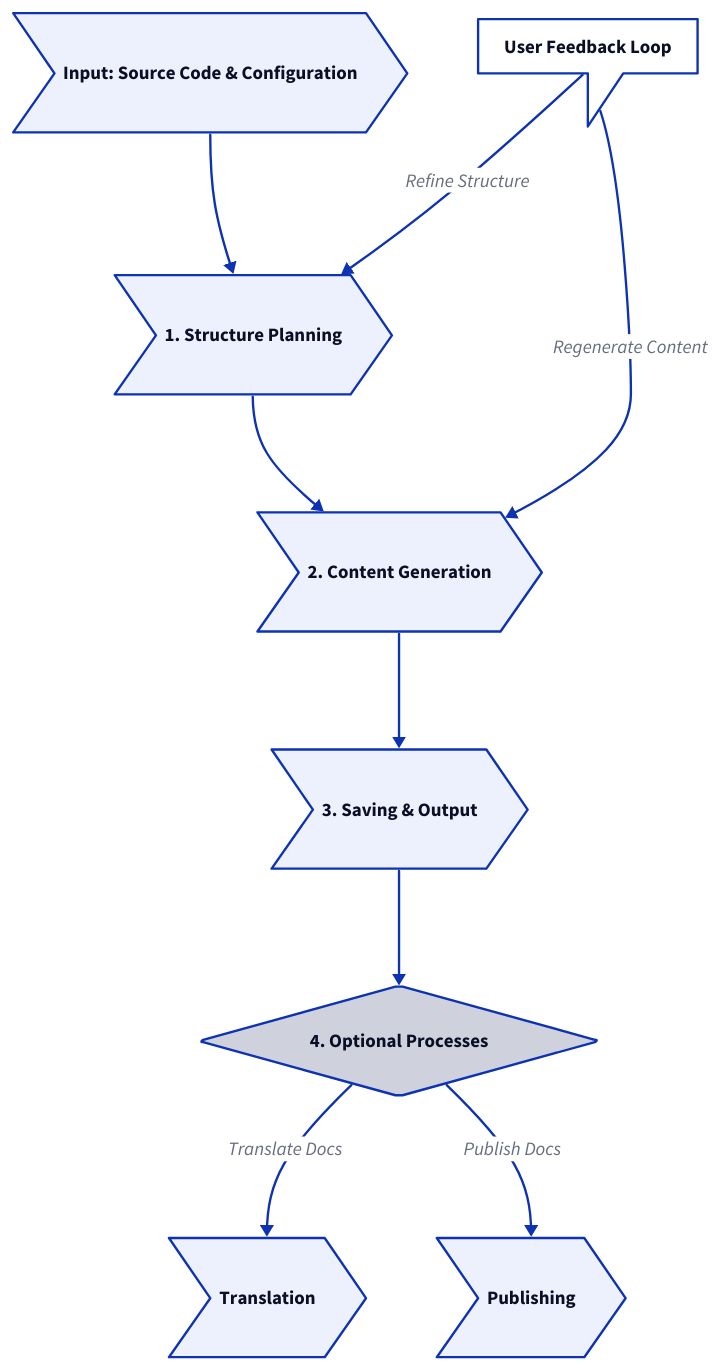
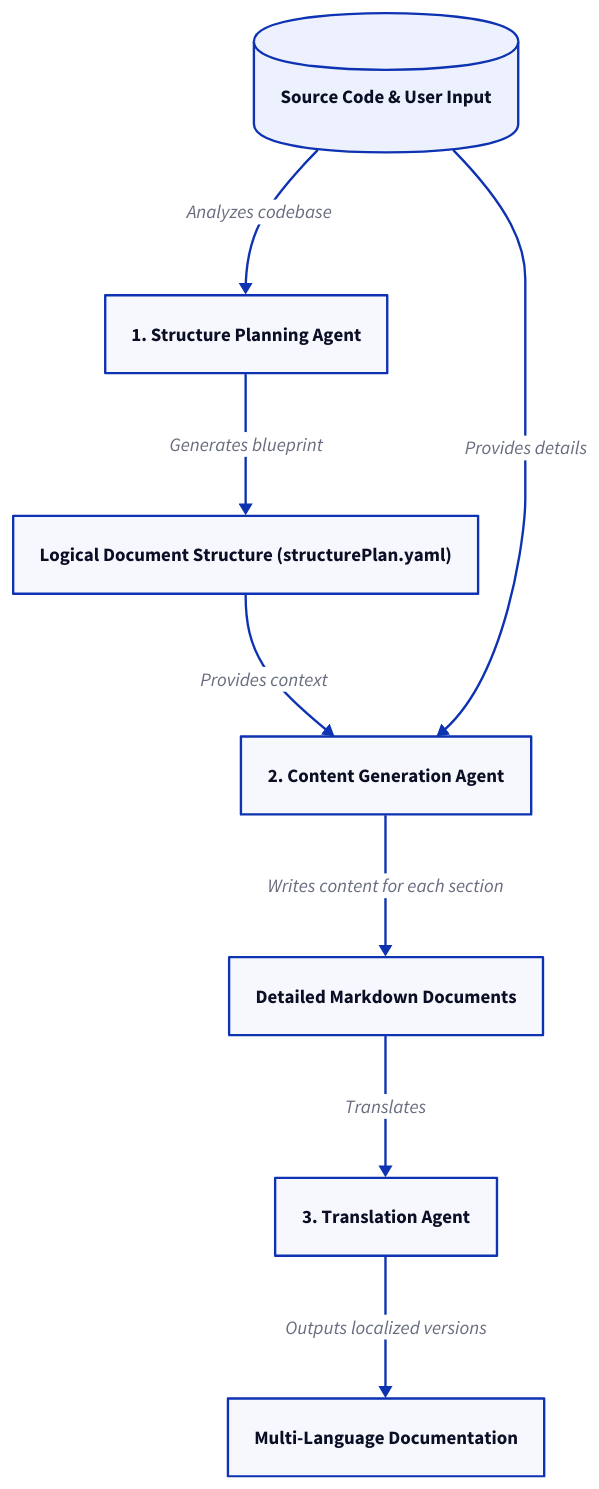
Before and after one commit to AIGNE-io/aigne-doc-smith: the diagram in docs/advanced-how-it-works.md, drawn with D2. The commit also changed other lines of this file and 39 other files, not shown here.

````diff
--- a/docs/advanced-how-it-works.md
+++ b/docs/advanced-how-it-works.md
@@ -21,55 +19,47 @@
 ```d2
 direction: down
 
-"Source Code & Config": {
-  shape: step
-  label: "Input: Source Code & Configuration"
+Source-Code: {
+  label: "Source Code & User Input"
+  shape: cylinder
 }
 
-"Structure Planning": {
-  shape: step
-  label: "1. Structure Planning"
+Structure-Planner: {
+  label: "1. Structure Planning Agent"
+  shape: rectangle
 }
 
-"Content Generation": {
-  shape: step
-  label: "2. Content Generation"
+Structure-Plan: {
+  label: "Logical Document Structure (structurePlan.yaml)"
+  shape: rectangle
 }
 
-"Saving & Output": {
-  shape: step
-  label: "3. Saving & Output"
+Content-Generator: {
+  label: "2. Content Generation Agent"
+  shape: rectangle
 }
 
-"Optional Processes": {
-  shape: diamond
-  label: "4. Optional Processes"
+Markdown-Docs: {
+  label: "Detailed Markdown Documents"
+  shape: rectangle
 }
 
-"Translation": {
-  shape: step
-  label: "Translation"
+Translation-Agent: {
+  label: "3. Translation Agent"
+  shape: rectangle
 }
 
-"Publishing": {
-  shape: step
-  label: "Publishing"
+Translated-Docs: {
+  label: "Multi-Language Documentation"
+  shape: rectangle
 }
 
-"Feedback Loop": {
-  shape: callout
-  label: "User Feedback Loop"
-}
-
-"Source Code & Config" -> "Structure Planning"
-"Structure Planning" -> "Content Generation"
-"Content Generation" -> "Saving & Output"
-"Saving & Output" -> "Optional Processes"
-
-"Optional Processes" -> "Translation": "Translate Docs"
-"Optional Processes" -> "Publishing": "Publish Docs"
-
-"Structure Planning" <- "Feedback Loop": "Refine Structure"
-"Content Generation" <- "Feedback Loop": "Regenerate Content"
+Source-Code -> Structure-Planner: "Analyzes codebase"
+Structure-Planner -> Structure-Plan: "Generates blueprint"
+Structure-Plan -> Content-Generator: "Provides context"
+Source-Code -> Content-Generator: "Provides details"
+Content-Generator -> Markdown-Docs: "Writes content for each section"
+Markdown-Docs -> Translation-Agent: "Translates"
+Translation-Agent -> Translated-Docs: "Outputs localized versions"
 
 ```
````
